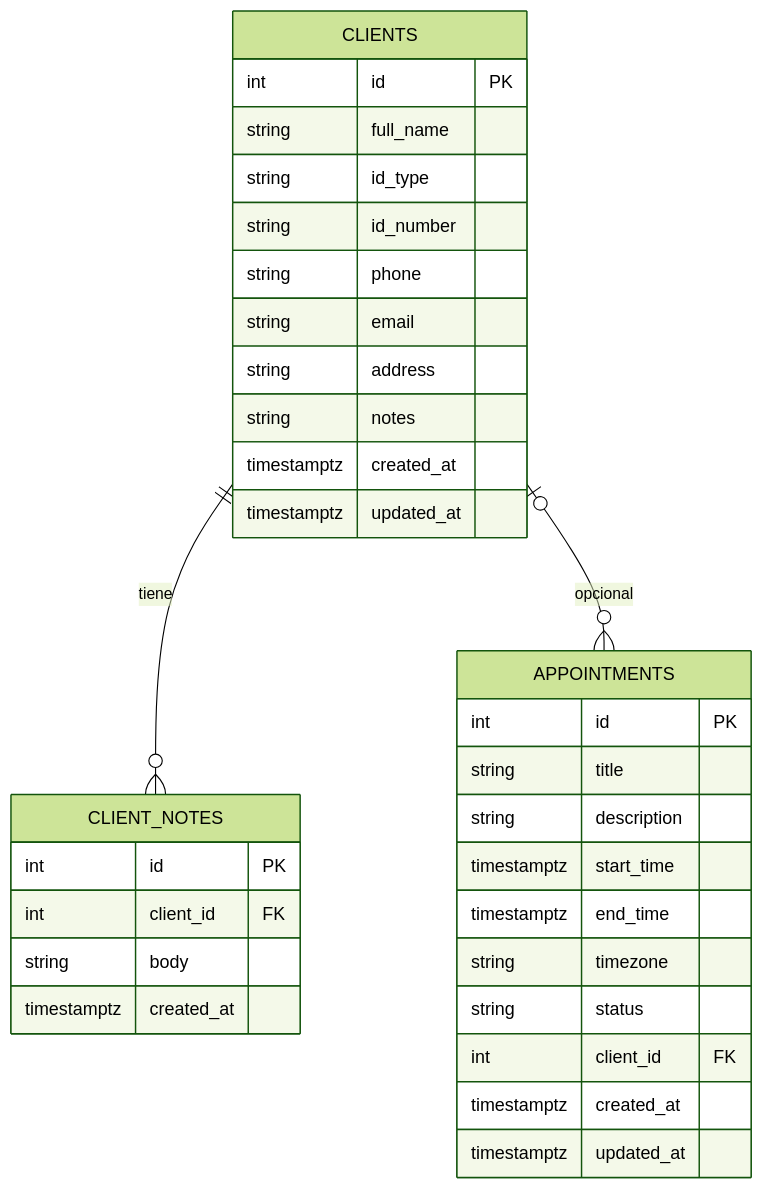
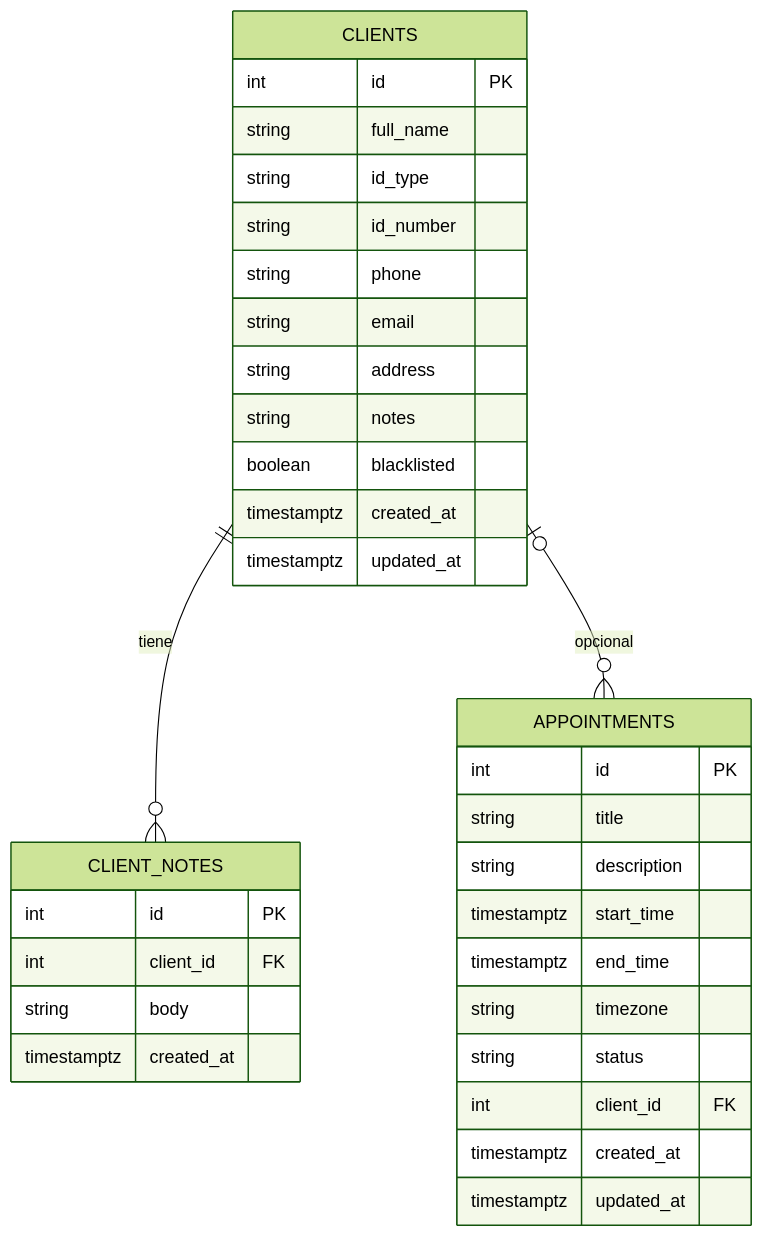
Before and after one commit to ErickF2811/demo-ragknowladgebase: the second of 3 diagrams in README.md, drawn with Mermaid (forest theme). The commit also changed other lines of this file and 7 other files, not shown here.

````diff
--- a/README.md
+++ b/README.md
@@ -113,38 +113,39 @@
 ```mermaid
 erDiagram
     CLIENTS {
         int id PK
         string full_name
         string id_type
         string id_number
         string phone
         string email
         string address
         string notes
+        boolean blacklisted
         timestamptz created_at
         timestamptz updated_at
     }
 
     CLIENT_NOTES {
         int id PK
         int client_id FK
         string body
         timestamptz created_at
     }
 
     APPOINTMENTS {
         int id PK
         string title
         string description
         timestamptz start_time
         timestamptz end_time
         string timezone
         string status
         int client_id FK
         timestamptz created_at
         timestamptz updated_at
     }
 
     CLIENTS ||--o{ CLIENT_NOTES : "tiene"
     CLIENTS o|--o{ APPOINTMENTS : "opcional"
 ```
````
